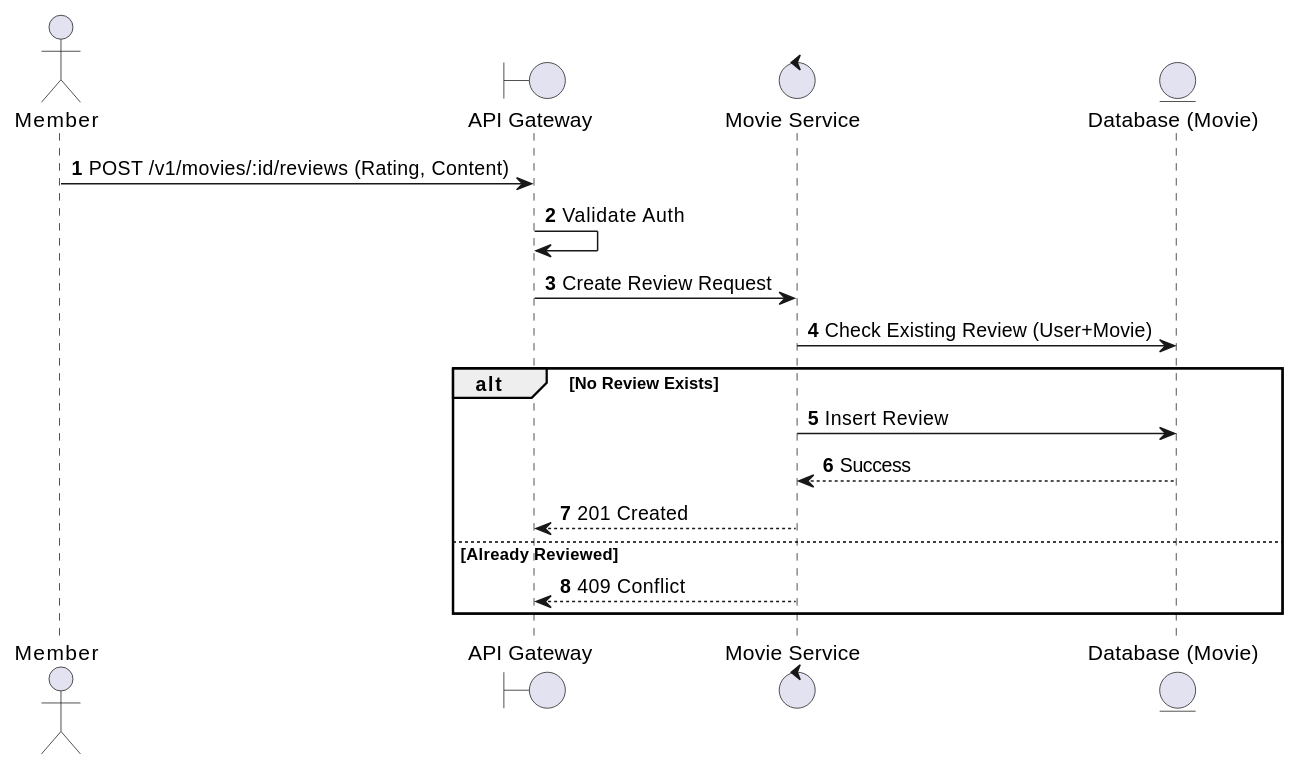
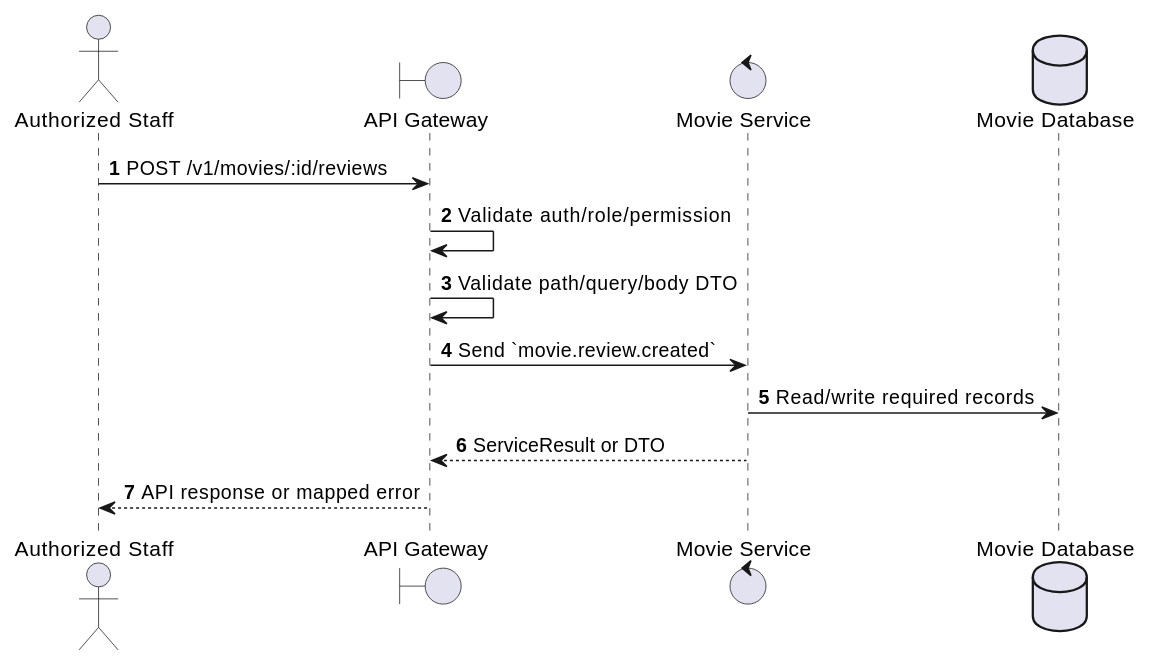
Before and after one commit to Tanh1603/movie-hub-architecture: the first of 2 diagrams in docs/functional_specs/3.3.4_Movie_Reviews/RV-03_Create_Review.md, drawn with PlantUML. The commit also changed other lines of this file and 126 other files, not shown here.

````diff
--- a/docs/functional_specs/3.3.4_Movie_Reviews/RV-03_Create_Review.md
+++ b/docs/functional_specs/3.3.4_Movie_Reviews/RV-03_Create_Review.md
@@ -17,21 +17,17 @@
 ```plantuml
 @startuml
 autonumber
-actor Member
+actor "Authorized Staff" as Actor
 boundary "API Gateway" as GW
-control "Movie Service" as MS
-entity "Database (Movie)" as DB
+control "Movie Service" as SVC
+database "Movie Database" as DB
 
-Member -> GW: POST /v1/movies/:id/reviews (Rating, Content)
-GW -> GW: Validate Auth
-GW -> MS: Create Review Request
-MS -> DB: Check Existing Review (User+Movie)
-alt No Review Exists
-    MS -> DB: Insert Review
-    DB --> MS: Success
-    MS --> GW: 201 Created
-else Already Reviewed
-    MS --> GW: 409 Conflict
-end
+Actor -> GW: POST /v1/movies/:id/reviews
+GW -> GW: Validate auth/role/permission
+GW -> GW: Validate path/query/body DTO
+GW -> SVC: Send `movie.review.created`
+SVC -> DB: Read/write required records
+SVC --> GW: ServiceResult or DTO
+GW --> Actor: API response or mapped error
 @enduml
 ```
````
